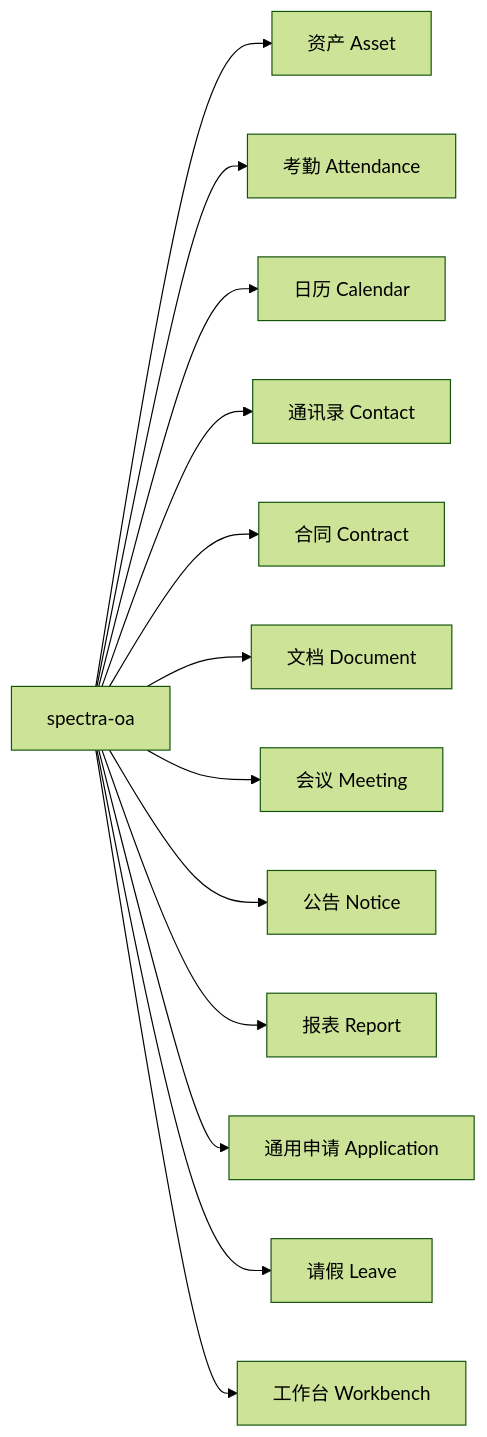
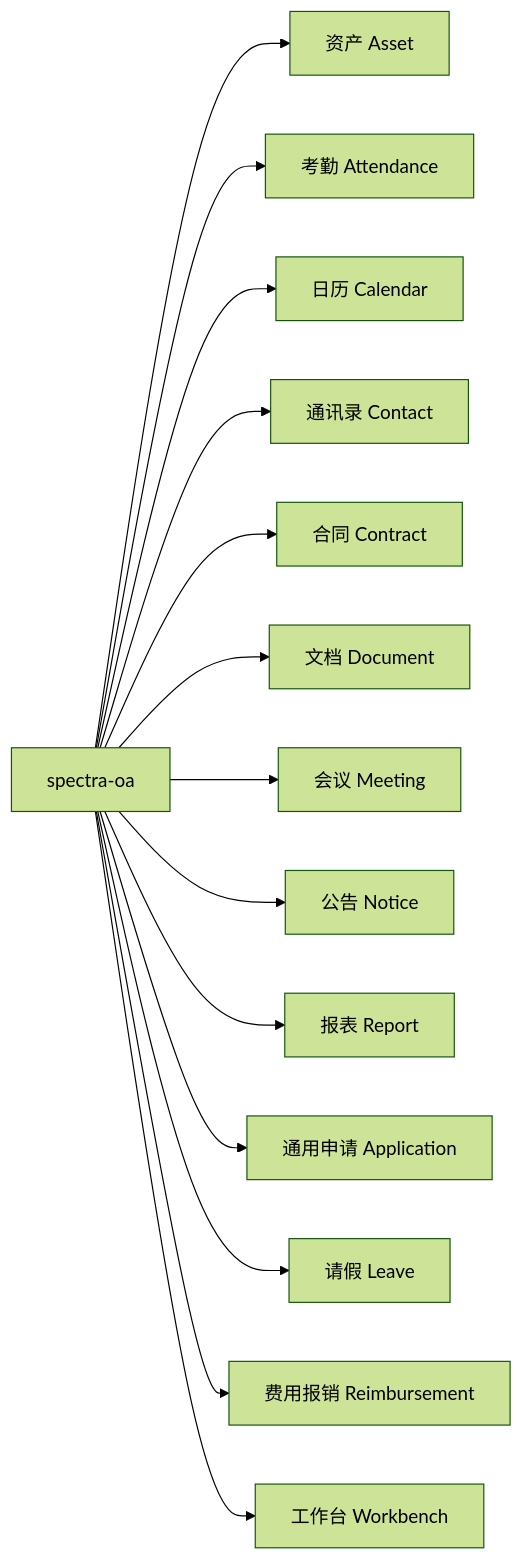
The diagram in docs/10-后端/40-OA模块.md (yangxj96/spectra-docs), drawn with Mermaid (forest theme) before and after one commit. The commit also changed other lines of this file and 15 other files, not shown here.

````diff
--- a/docs/10-后端/40-OA模块.md
+++ b/docs/10-后端/40-OA模块.md
@@ -13,16 +13,17 @@
 ```mermaid
 graph LR
     OA["spectra-oa"]
     OA --> Asset["资产 Asset"]
     OA --> Attendance["考勤 Attendance"]
     OA --> Calendar["日历 Calendar"]
     OA --> Contact["通讯录 Contact"]
     OA --> Contract["合同 Contract"]
     OA --> Document["文档 Document"]
     OA --> Meeting["会议 Meeting"]
     OA --> Notice["公告 Notice"]
     OA --> Report["报表 Report"]
     OA --> Application["通用申请 Application"]
     OA --> Leave["请假 Leave"]
+    OA --> Reimbursement["费用报销 Reimbursement"]
     OA --> Workbench["工作台 Workbench"]
 ```
````
